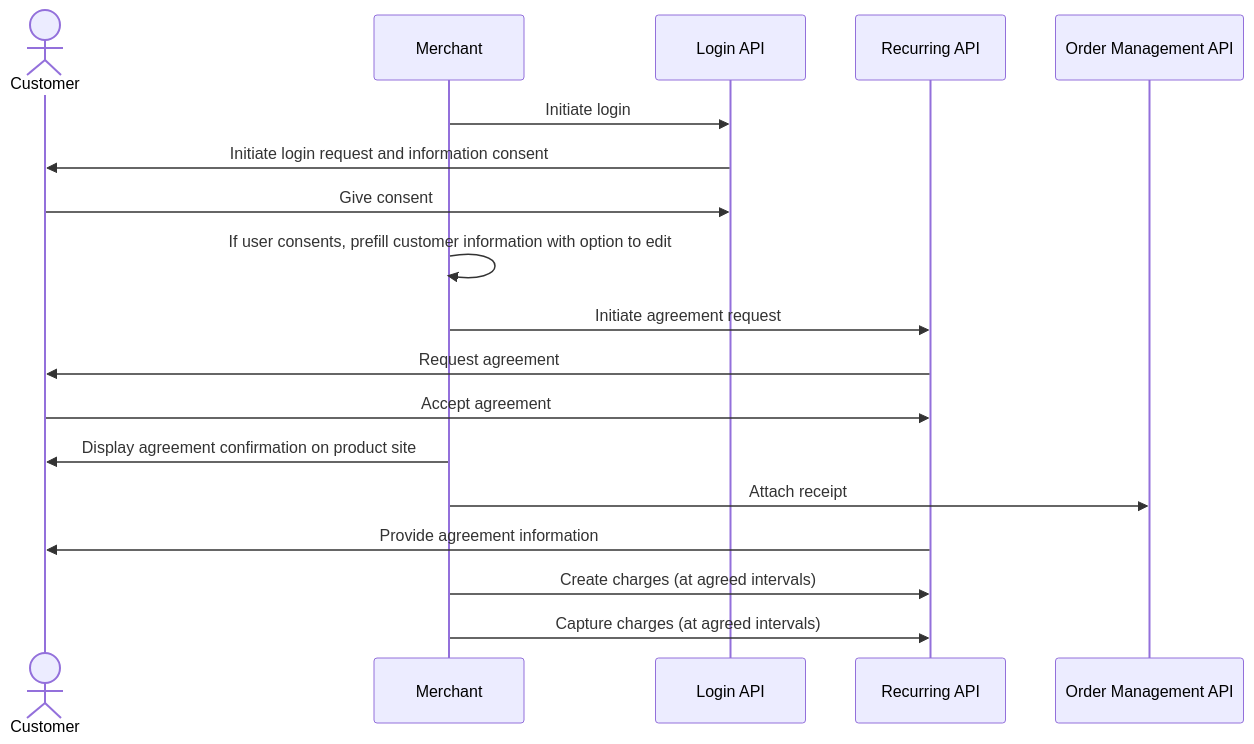
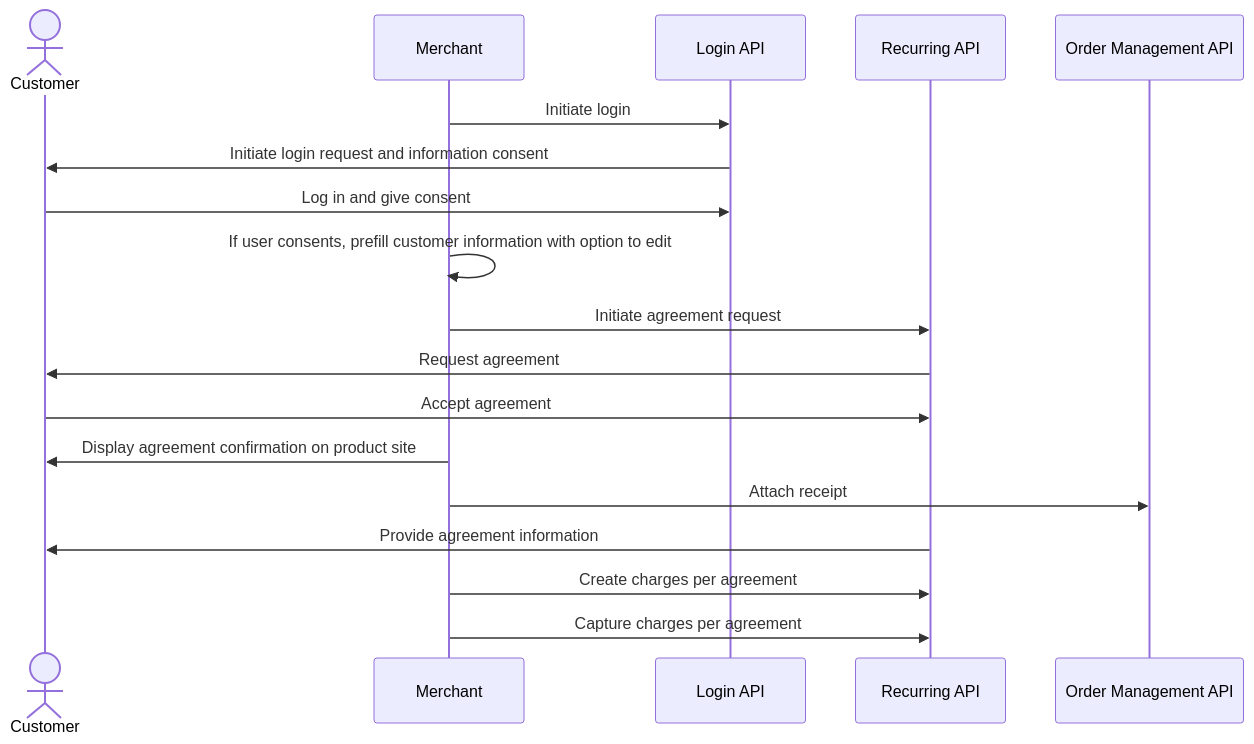
Before and after one commit to vippsas/vipps-solutions: the diagram in recurring-and-login/README.md, drawn with Mermaid. The commit also changed 2 other files, not shown here.

Commit message:
Add sequence diagram for parking (same as recurring flow)

````diff
--- a/recurring-and-login/README.md
+++ b/recurring-and-login/README.md
@@ -95,21 +95,21 @@
 ``` mermaid
 sequenceDiagram
     actor C as Customer
     participant M as Merchant
     participant Login as Login API
     participant Recurring as Recurring API
     participant ordermanagement as Order Management API
 
     M->>Login: Initiate login
     Login->>C: Initiate login request and information consent
-    C->>Login: Give consent
+    C->>Login: Log in and give consent
     M->>M: If user consents, prefill customer information with option to edit
     M->>Recurring: Initiate agreement request
     Recurring->>C: Request agreement
     C->>Recurring: Accept agreement
     M->>C: Display agreement confirmation on product site
     M->> ordermanagement: Attach receipt
     Recurring->>C: Provide agreement information
-    M->>Recurring: Create charges (at agreed intervals)
-    M->>Recurring: Capture charges (at agreed intervals)
+    M->>Recurring: Create charges per agreement
+    M->>Recurring: Capture charges per agreement
 ```
````
